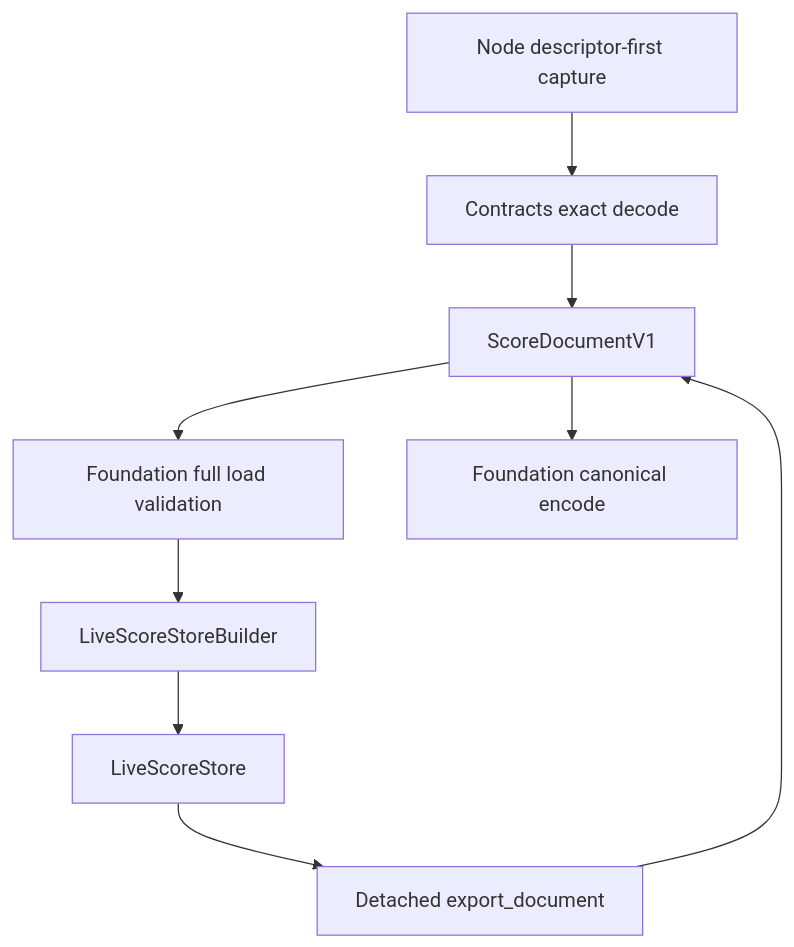
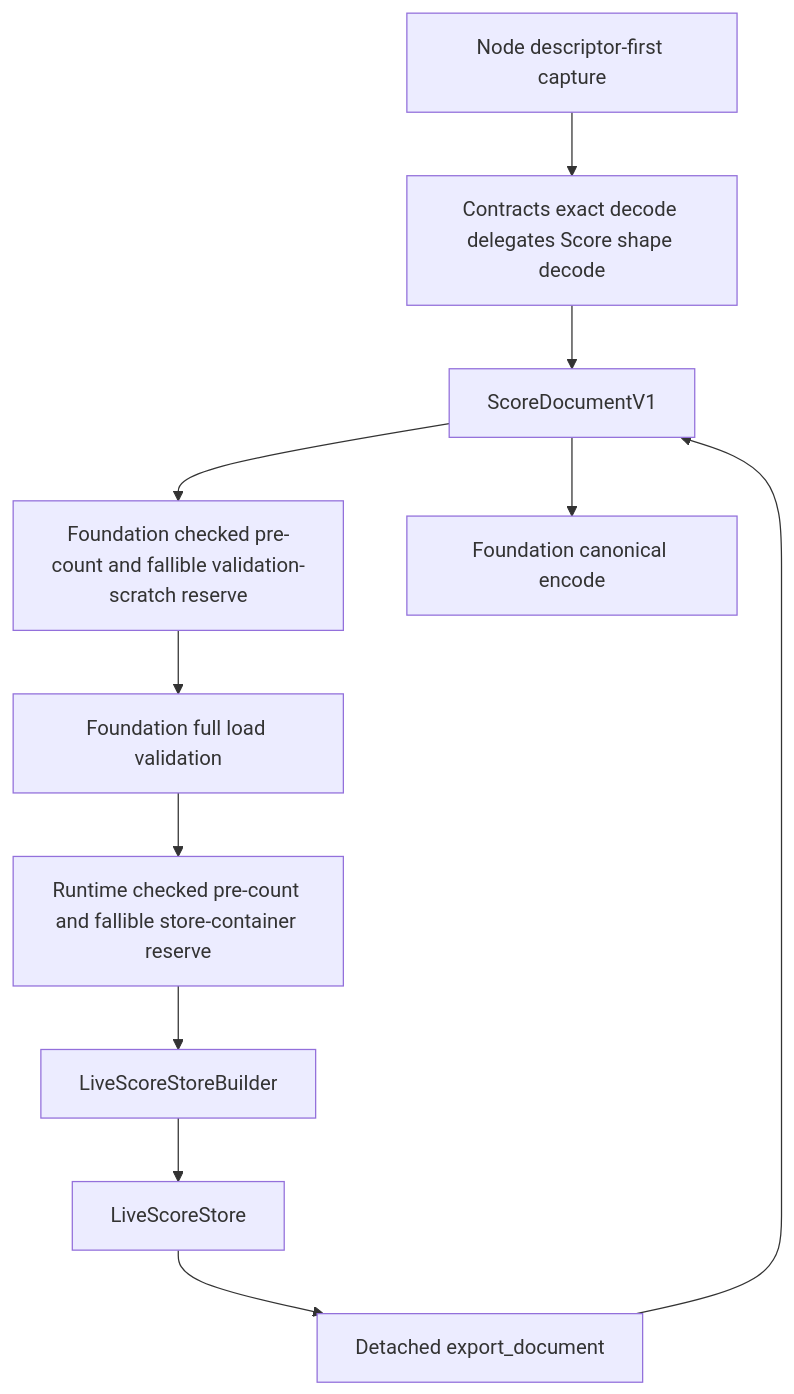
Before and after one commit to FFFAKKK/Brilliant-Guitar: the second of 2 diagrams in .trellis/tasks/08-24-rkp-2-indexed-live-score-store-load-encode-parity/design.md, drawn with Mermaid. The commit also changed other lines of this file and 8 other files, not shown here.

Commit message:
docs(rkp-2): repair indexed store planning contracts

````diff
--- a/.trellis/tasks/08-24-rkp-2-indexed-live-score-store-load-encode-parity/design.md
+++ b/.trellis/tasks/08-24-rkp-2-indexed-live-score-store-load-encode-parity/design.md
@@ -66,15 +70,17 @@
 ```mermaid
 flowchart TD
   Capture[Node descriptor-first capture]
-  Decode[Contracts exact decode]
+  Decode[Contracts exact decode delegates Score shape decode]
   DTO[ScoreDocumentV1]
+  ValidationCapacity[Foundation checked pre-count and fallible validation-scratch reserve]
   Validate[Foundation full load validation]
+  StoreCapacity[Runtime checked pre-count and fallible store-container reserve]
   Builder[LiveScoreStoreBuilder]
   Store[LiveScoreStore]
   Export[Detached export_document]
   Encode[Foundation canonical encode]
 
-  Capture --> Decode --> DTO --> Validate --> Builder --> Store
+  Capture --> Decode --> DTO --> ValidationCapacity --> Validate --> StoreCapacity --> Builder --> Store
   Store --> Export --> DTO
   DTO --> Encode
 ```
````
